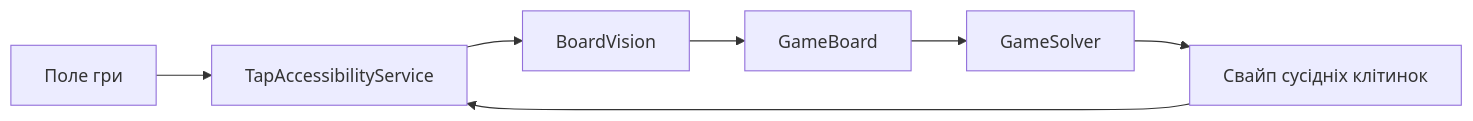
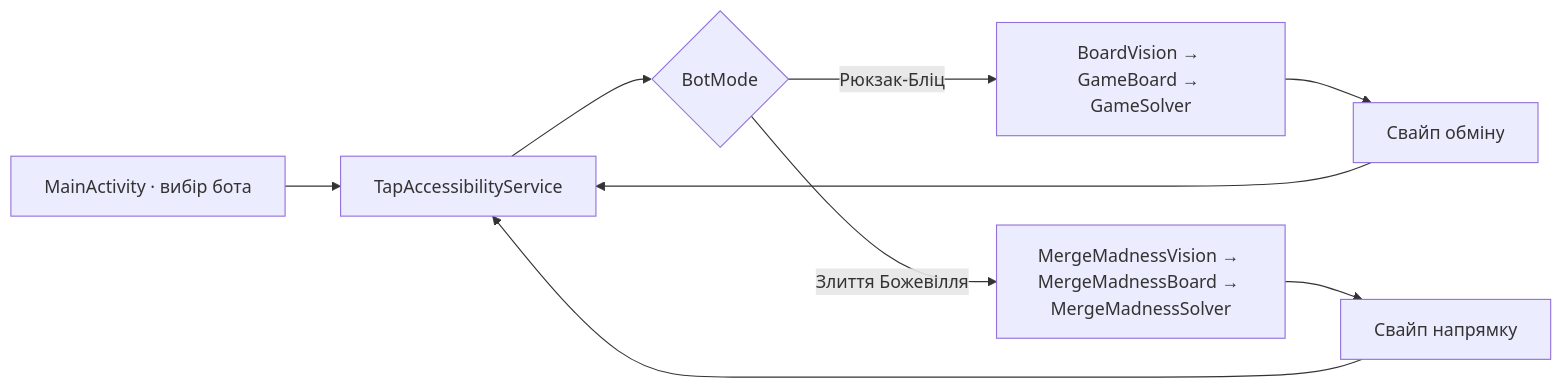
Before and after one commit to PacManNa/Backpack-Brawl-Helper: the diagram in docs/ARCHITECTURE.md, drawn with Mermaid. The commit also changed other lines of this file and 70 other files, not shown here.

Commit message:
feat: add Merge Madness bot, calibration, and local timers

````diff
--- a/docs/ARCHITECTURE.md
+++ b/docs/ARCHITECTURE.md
@@ -5,9 +5,11 @@
 ```mermaid
 flowchart LR
-    A[Поле гри] --> B[TapAccessibilityService]
-    B --> C[BoardVision]
-    C --> D[GameBoard]
-    D --> E[GameSolver]
-    E --> F[Свайп сусідніх клітинок]
+    A[MainActivity · вибір бота] --> B[TapAccessibilityService]
+    B --> C{BotMode}
+    C -->|Рюкзак-Бліц| D[BoardVision → GameBoard → GameSolver]
+    C -->|Злиття Божевілля| E[MergeMadnessVision → MergeMadnessBoard → MergeMadnessSolver]
+    D --> F[Свайп обміну]
+    E --> G[Свайп напрямку]
     F --> B
+    G --> B
 ```
````
